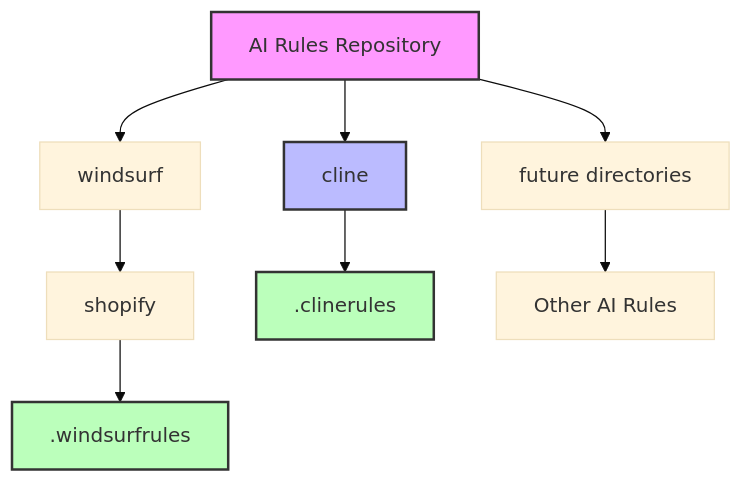
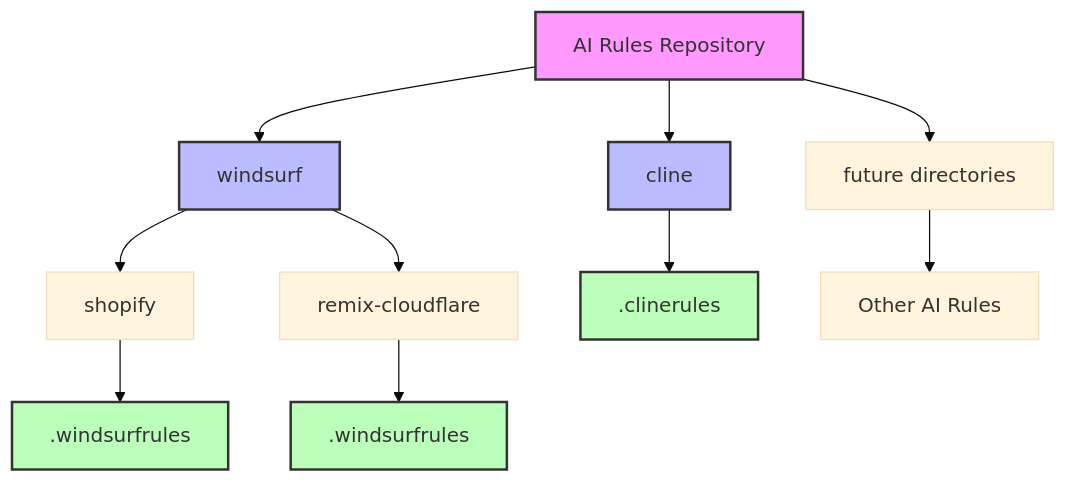
Before and after one commit to YunosukeYoshino/rules: the first of 7 diagrams in README.md, drawn with Mermaid (base theme). The commit also changed other lines of this file, not shown here.

Commit message:
Update README to include Remix Cloudflare rules

````diff
--- a/README.md
+++ b/README.md
@@ -7,15 +7,19 @@
 ```mermaid
 graph TD
     A[AI Rules Repository] --> B[windsurf]
     B --> C[shopify]
     C --> D[.windsurfrules]
+    B --> R[remix-cloudflare]
+    R --> S[.windsurfrules]
     A --> E[cline]
     E --> F[.clinerules]
     A --> G[future directories]
     G --> H[Other AI Rules]
 
     style A fill:#f9f,stroke:#333,stroke-width:2px
+    style B fill:#bbf,stroke:#333,stroke-width:2px
     style E fill:#bbf,stroke:#333,stroke-width:2px
     style D fill:#bfb,stroke:#333,stroke-width:2px
+    style S fill:#bfb,stroke:#333,stroke-width:2px
     style F fill:#bfb,stroke:#333,stroke-width:2px
 ```
````
